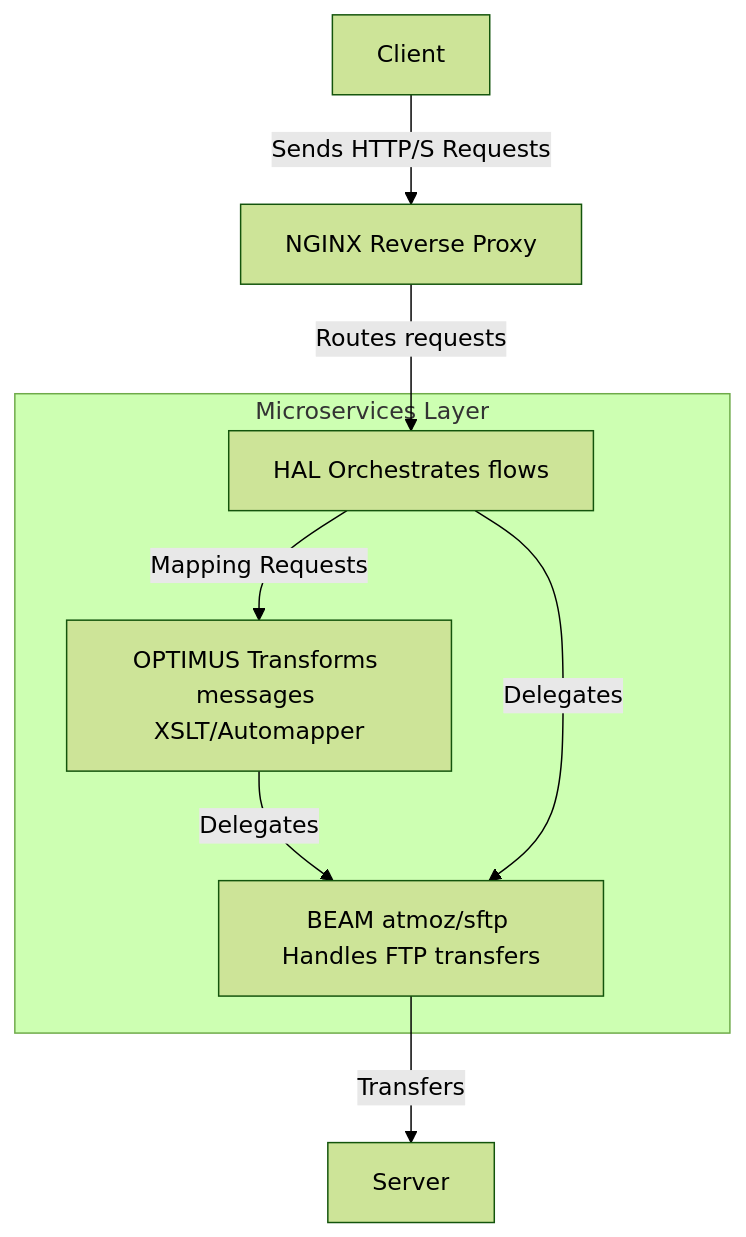
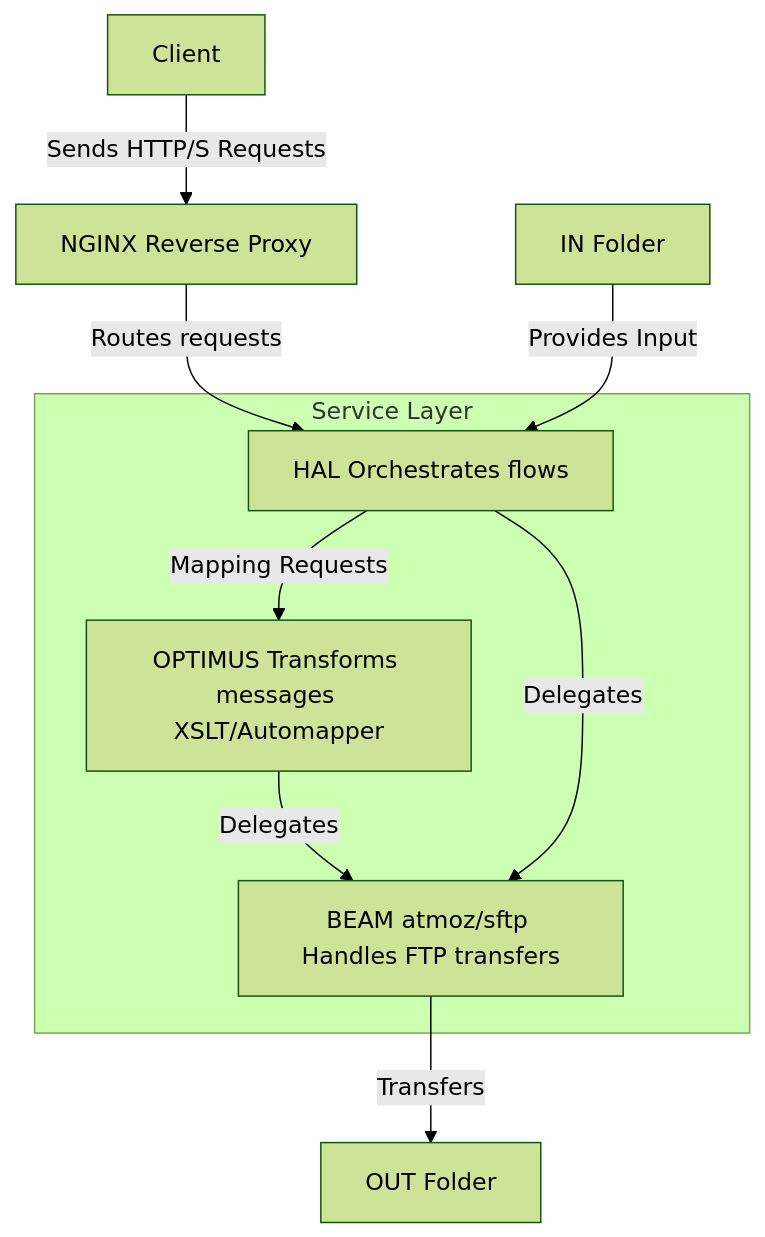
One commit to fasilhayat/bizlink changed the diagram in README.md. Above: the diagram before and after it, drawn with Mermaid (forest theme).

Commit message:
Updated diagram

````diff
--- a/README.md
+++ b/README.md
@@ -73,16 +73,17 @@
 ```mermaid
 graph TD
     Client[Client] -->|Sends HTTP/S Requests| NGINX[NGINX Reverse Proxy]
     NGINX -->|Routes requests| Orchestrator
     Transformer -->|Delegates| Transporter
-    Transporter  -->|Transfers| Server[Server] 
+    Transporter  -->|Transfers| Server[OUT Folder] 
+    IN[IN Folder] -->|Provides Input| Orchestrator
     
-    subgraph Microservices Layer 
+    subgraph Service Layer 
         Orchestrator[HAL Orchestrates flows]
         Transformer[OPTIMUS Transforms messages XSLT/Automapper]
         Transporter[BEAM atmoz/sftp Handles FTP transfers]
 
         Orchestrator -->|Mapping Requests| Transformer
         Orchestrator -->|Delegates| Transporter
     end
 ```
````
